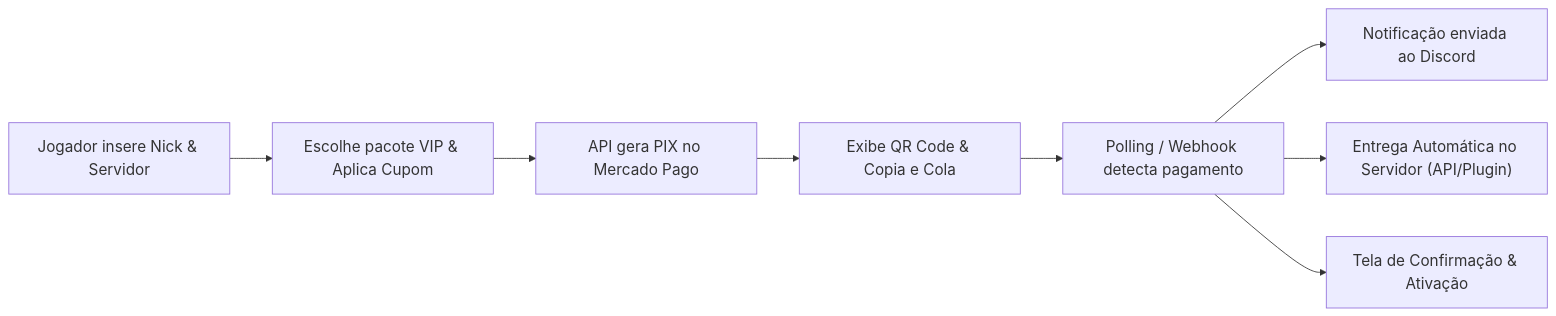
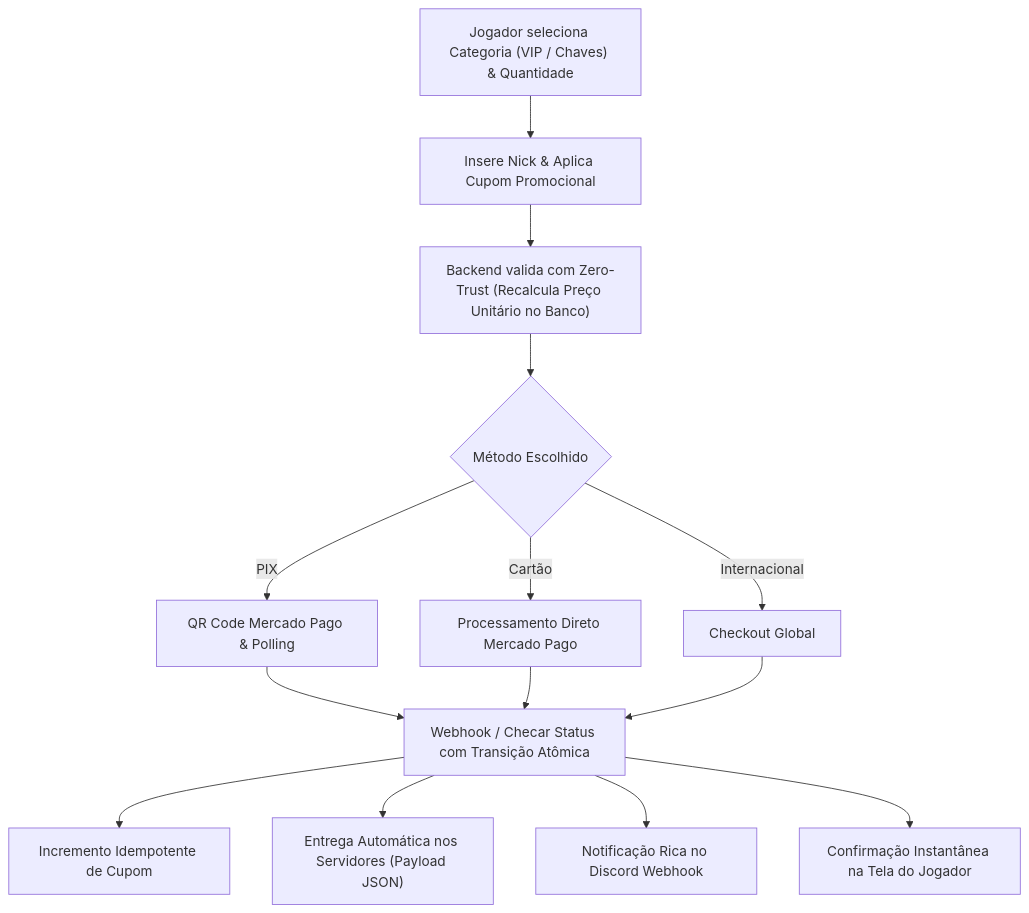
One commit to Thiagoalfs/RedeNerds changed the diagram in README.md. Above: the diagram before and after it, drawn with Mermaid. The commit also changed other lines of this file, not shown here.

Commit message:
docs: atualizar README com sistema de chaves, suite de testes e melhorias da loja

````diff
--- a/README.md
+++ b/README.md
@@ -83,11 +130,15 @@
 ```mermaid
-%%{init: {'themeVariables': {'fontSize': '18px'}}}%%
-flowchart LR
-    A["Jogador insere Nick & Servidor"] --> B["Escolhe pacote VIP & Aplica Cupom"]
-    B --> C["API gera PIX no Mercado Pago"]
-    C --> D["Exibe QR Code & Copia e Cola"]
-    D --> E["Polling / Webhook detecta pagamento"]
-    E --> F["Notificação enviada ao Discord"]
-    E --> G["Entrega Automática no Servidor (API/Plugin)"]
-    E --> H["Tela de Confirmação & Ativação"]
+%%{init: {'themeVariables': {'fontSize': '16px'}}}%%
+flowchart TD
+    A["Jogador seleciona Categoria (VIP / Chaves) & Quantidade"] --> B["Insere Nick & Aplica Cupom Promocional"]
+    B --> C["Backend valida com Zero-Trust (Recalcula Preço Unitário no Banco)"]
+    C --> D{"Método Escolhido"}
+    D -->|"PIX"| E["QR Code Mercado Pago & Polling"]
+    D -->|"Cartão"| F["Processamento Direto Mercado Pago"]
+    D -->|"Internacional"| G["Checkout Global"]
+    E & F & G --> H["Webhook / Checar Status com Transição Atômica"]
+    H --> I["Incremento Idempotente de Cupom"]
+    H --> J["Entrega Automática nos Servidores (Payload JSON)"]
+    H --> K["Notificação Rica no Discord Webhook"]
+    H --> L["Confirmação Instantânea na Tela do Jogador"]
 ```
````
